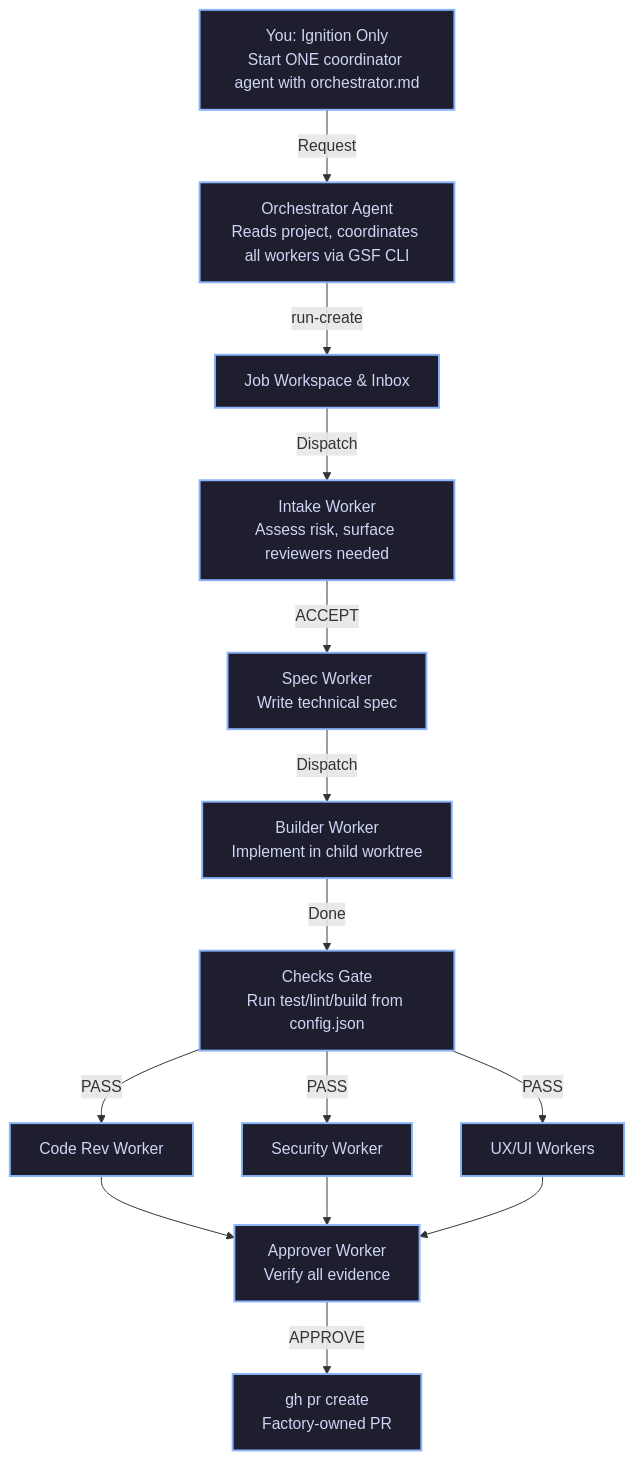
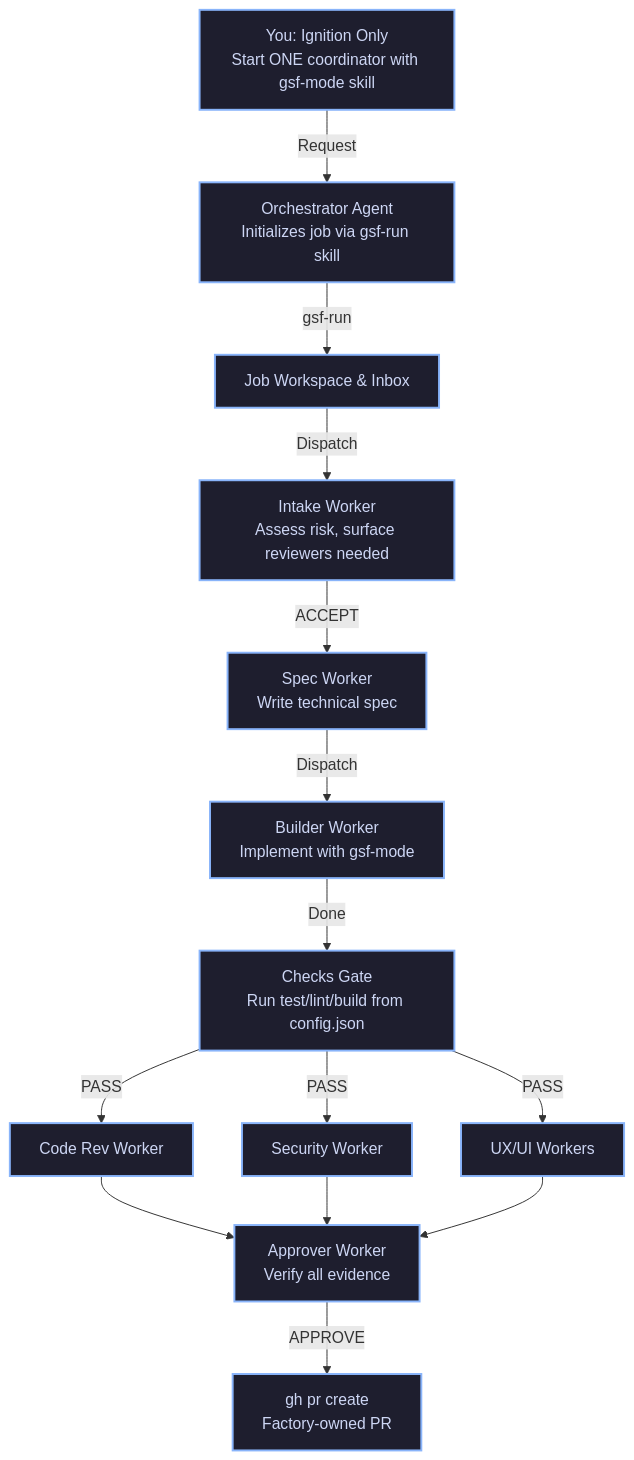
One commit to wfcosta/SoftwareFactory changed the diagram in README.md. Above: the diagram before and after it, drawn with Mermaid. The commit also changed other lines of this file and 91 other files, not shown here.

First line of the commit message:
refactor(gsf): migrate to markdown-first skill-based architecture

````diff
--- a/README.md
+++ b/README.md
@@ -15,22 +15,22 @@
 ```mermaid
 graph TD
     classDef process fill:#1e1e2e,stroke:#89b4fa,stroke-width:2px,color:#cdd6f4;
     classDef decision fill:#313244,stroke:#f38ba8,stroke-width:2px,color:#cdd6f4;
     classDef action fill:#45475a,stroke:#a6e3a1,stroke-width:2px,color:#cdd6f4;
 
-    A[You: Ignition Only<br>Start ONE coordinator agent with orchestrator.md] -->|Request| B[Orchestrator Agent<br>Reads project, coordinates all workers via GSF CLI]
-    B -->|run-create| C[Job Workspace & Inbox]
+    A[You: Ignition Only<br>Start ONE coordinator with gsf-mode skill] -->|Request| B[Orchestrator Agent<br>Initializes job via gsf-run skill]
+    B -->|gsf-run| C[Job Workspace & Inbox]
     C -->|Dispatch| D[Intake Worker<br>Assess risk, surface reviewers needed]
     D -->|ACCEPT| E[Spec Worker<br>Write technical spec]
-    E -->|Dispatch| F[Builder Worker<br>Implement in child worktree]
+    E -->|Dispatch| F[Builder Worker<br>Implement with gsf-mode]
     F -->|Done| G[Checks Gate<br>Run test/lint/build from config.json]
     G -->|PASS| H1[Code Rev Worker]
     G -->|PASS| H2[Security Worker]
     G -->|PASS| H3[UX/UI Workers]
     H1 --> I[Approver Worker<br>Verify all evidence]
     H2 --> I
     H3 --> I
     I -->|APPROVE| J[gh pr create<br>Factory-owned PR]
 
     class A,B,C,D,E,F,G,H1,H2,H3,I,J process;
 ```
````
